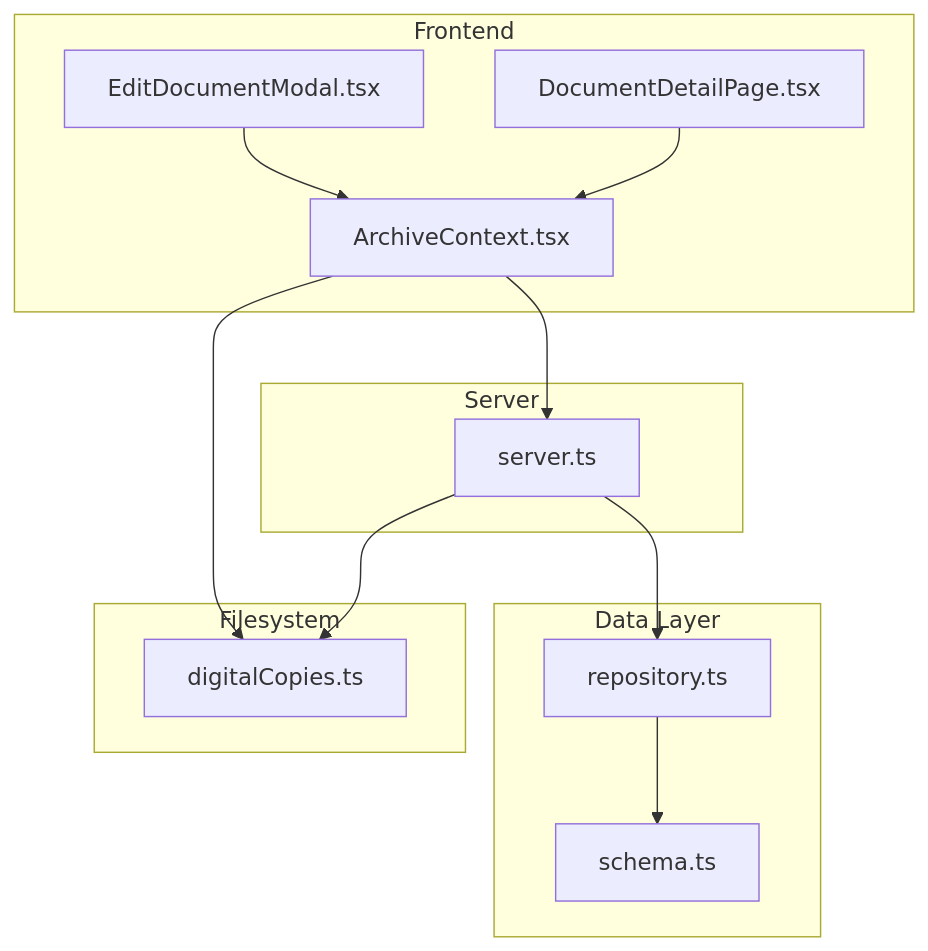
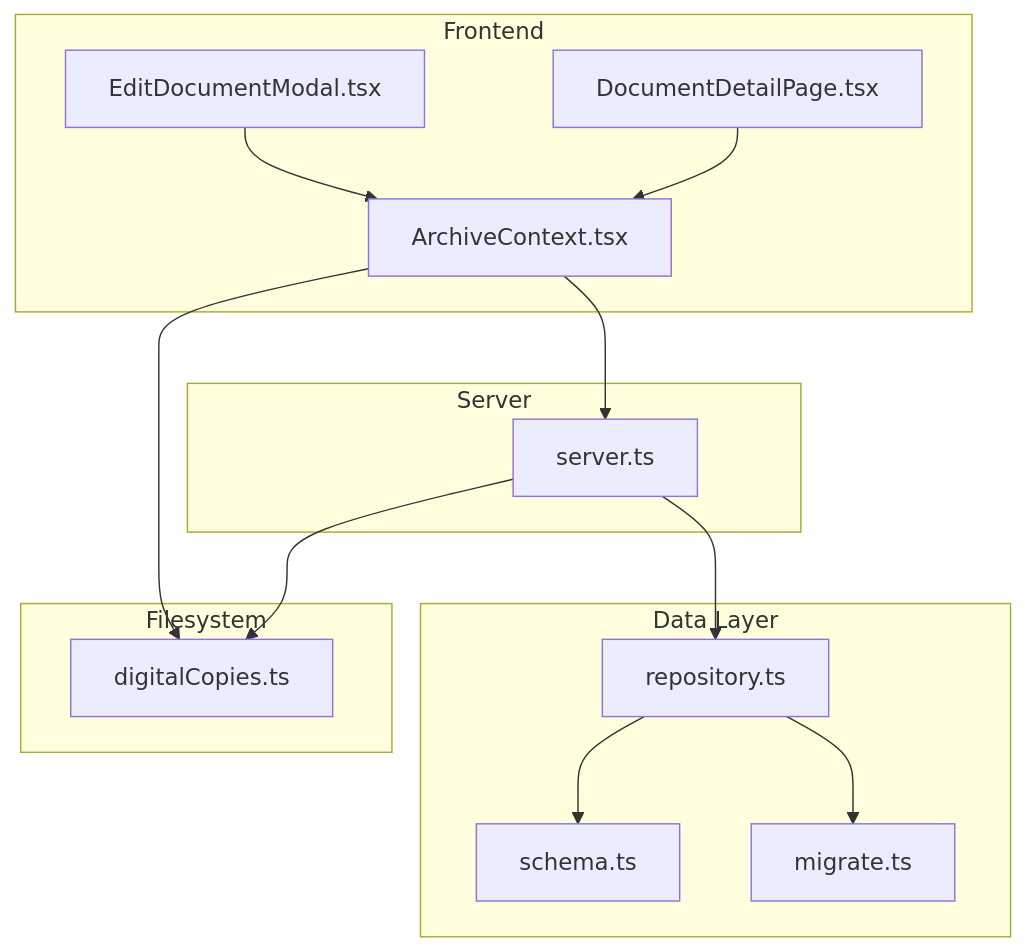
The first of 4 diagrams in .qoder/repowiki/en/content/Core Features/Document Management/Digital Copy Management.md (djahasiel101600/archivehub), drawn with Mermaid before and after one commit. The commit also changed other lines of this file and 12 other files, not shown here.

````diff
--- a/.qoder/repowiki/en/content/Core Features/Document Management/Digital Copy Management.md
+++ b/.qoder/repowiki/en/content/Core Features/Document Management/Digital Copy Management.md
@@ -38,25 +46,27 @@
 ```mermaid
 graph TB
 subgraph "Frontend"
 A["EditDocumentModal.tsx"]
 B["DocumentDetailPage.tsx"]
 C["ArchiveContext.tsx"]
 end
 subgraph "Server"
 D["server.ts"]
 end
 subgraph "Data Layer"
 E["repository.ts"]
 F["schema.ts"]
+G["migrate.ts"]
 end
 subgraph "Filesystem"
-G["digitalCopies.ts"]
+H["digitalCopies.ts"]
 end
 A --> C
 B --> C
 C --> D
 D --> E
 E --> F
-C --> G
-D --> G
+E --> G
+C --> H
+D --> H
 ```
````
